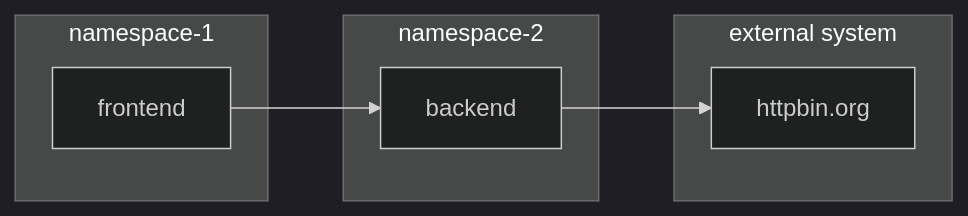
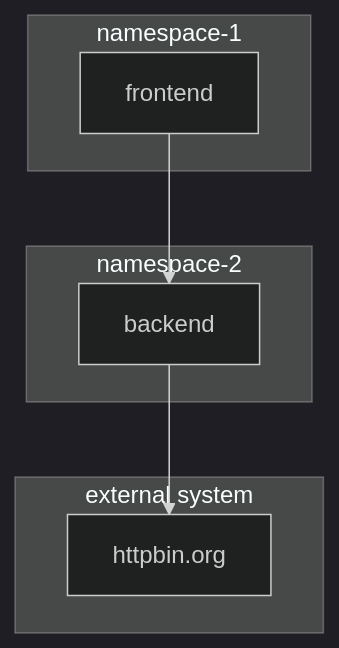
Before and after one commit to rhthsa/OpenShift-POC-AppDev: the diagram in docs/APPLICATION_DEPLOYMENT.md, drawn with Mermaid (dark theme). The commit also changed 1 other file, not shown here.

Commit message:
Add diagram

````diff
--- a/docs/APPLICATION_DEPLOYMENT.md
+++ b/docs/APPLICATION_DEPLOYMENT.md
@@ -15,17 +15,17 @@
 ```mermaid
 
-flowchart LR
+flowchart TB
 
     frontend-->backend
     subgraph namespace-1
     frontend
     end
     subgraph namespace-2
     backend
     end
     backend-->httpbin.org
     subgraph "external system"
     httpbin.org
     end
     
 ```
````
